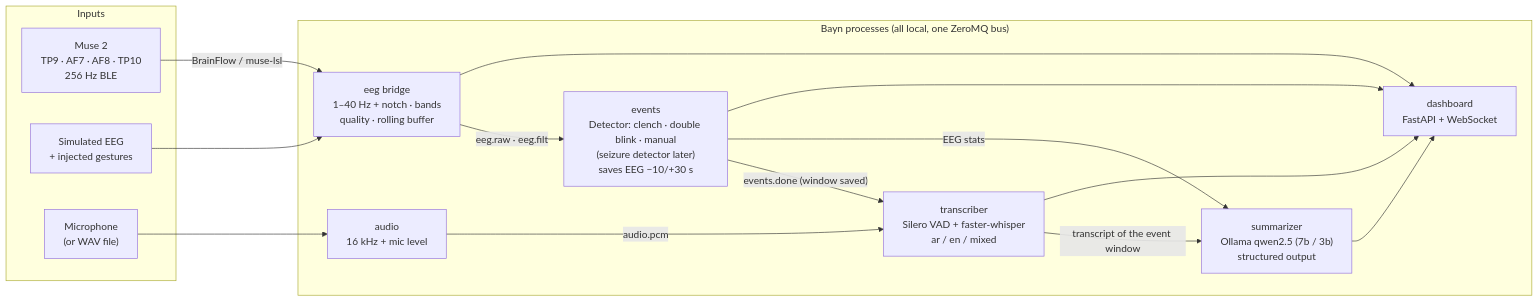
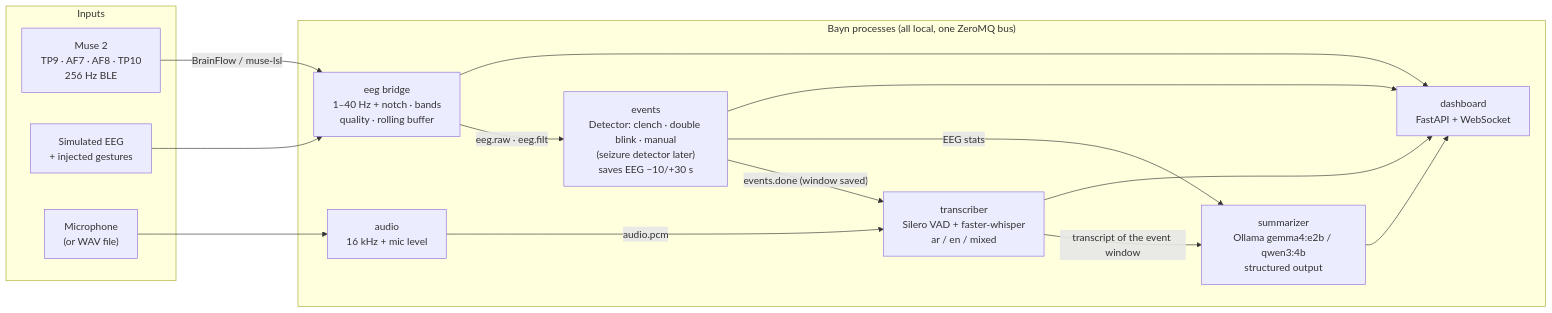
The diagram in README.md (Omar0Rawas/bayn), drawn with Mermaid before and after one commit. The commit also changed other lines of this file and 21 other files, not shown here.

````diff
--- a/README.md
+++ b/README.md
@@ -37,28 +38,28 @@
 ```mermaid
 flowchart LR
     subgraph In["Inputs"]
         MUSE["Muse 2<br/>TP9 · AF7 · AF8 · TP10<br/>256 Hz BLE"]
         SIM["Simulated EEG<br/>+ injected gestures"]
         MIC["Microphone<br/>(or WAV file)"]
     end
     MUSE -->|BrainFlow / muse-lsl| BRIDGE
     SIM --> BRIDGE
     MIC --> AUDIO
     subgraph Bayn["Bayn processes (all local, one ZeroMQ bus)"]
         BRIDGE["eeg bridge<br/>1–40 Hz + notch · bands<br/>quality · rolling buffer"]
         EVENTS["events<br/>Detector: clench · double blink · manual<br/>(seizure detector later)<br/>saves EEG −10/+30 s"]
         AUDIO["audio<br/>16 kHz + mic level"]
         STT["transcriber<br/>Silero VAD + faster-whisper<br/>ar / en / mixed"]
-        SUM["summarizer<br/>Ollama qwen2.5 (7b / 3b)<br/>structured output"]
+        SUM["summarizer<br/>Ollama gemma4:e2b / qwen3:4b<br/>structured output"]
         UI["dashboard<br/>FastAPI + WebSocket"]
     end
     BRIDGE -->|eeg.raw · eeg.filt| EVENTS
     AUDIO -->|audio.pcm| STT
     EVENTS -->|"events.done (window saved)"| STT
     STT -->|"transcript of the event window"| SUM
     EVENTS -->|EEG stats| SUM
     BRIDGE --> UI
     EVENTS --> UI
     STT --> UI
     SUM --> UI
 ```
````
